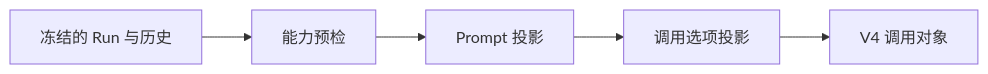
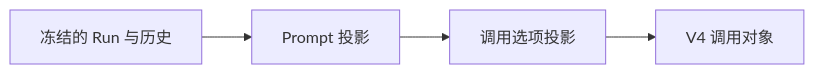
The fourth of 4 diagrams in docs-next/src/guide/quick-start.md (gene9831/tiny-robot), drawn with Mermaid before and after one commit. The commit also changed other lines of this file and 49 other files, not shown here.

````diff
--- a/docs-next/src/guide/quick-start.md
+++ b/docs-next/src/guide/quick-start.md
@@ -107,7 +106,6 @@
 ```mermaid
 flowchart LR
-  Frozen["冻结的 Run 与历史"] --> Check["能力预检"]
-  Check --> Prompt["Prompt 投影"]
+  Frozen["冻结的 Run 与历史"] --> Prompt["Prompt 投影"]
   Prompt --> Options["调用选项投影"]
   Options --> Result["V4 调用对象"]
 ```
````
